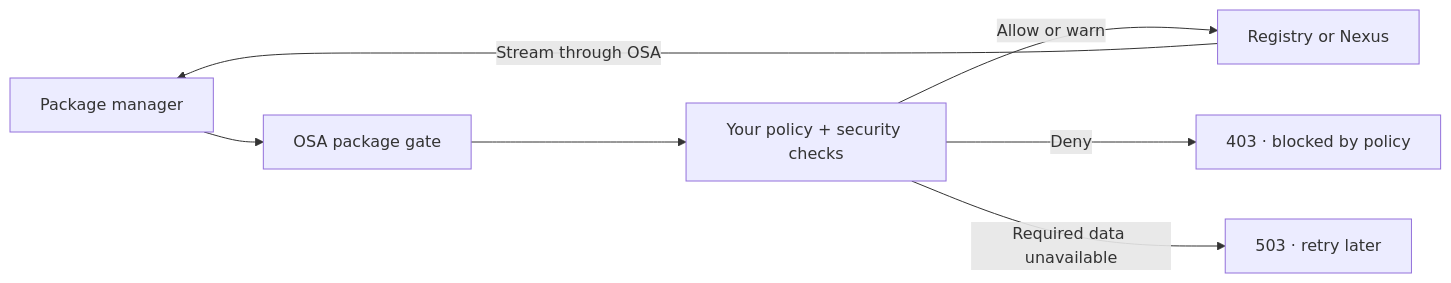
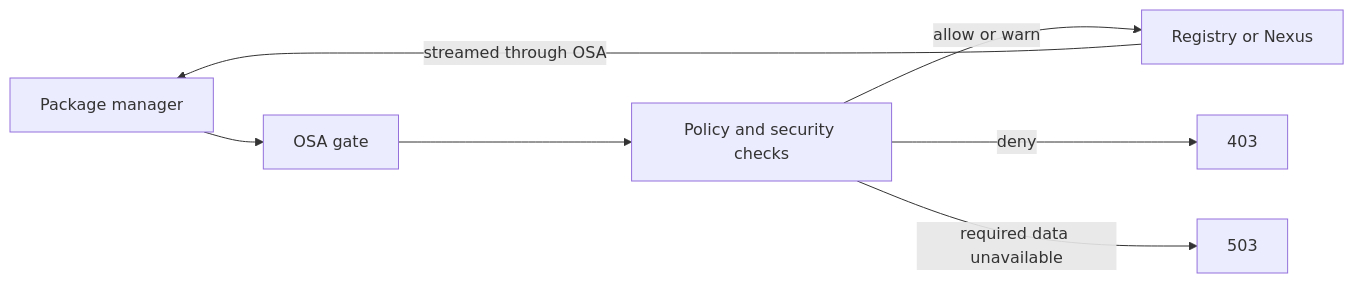
Before and after one commit to ShinigamiKiko/osa-hunter: the diagram in README.md, drawn with Mermaid. The commit also changed other lines of this file and 10 other files, not shown here.

````diff
--- a/README.md
+++ b/README.md
@@ -35,9 +17,9 @@
 ```mermaid
 flowchart LR
-    Client[Package manager] --> Gate[OSA package gate]
-    Gate --> Policy[Your policy + security checks]
-    Policy -->|Allow or warn| Upstream[Registry or Nexus]
-    Upstream -->|Stream through OSA| Client
-    Policy -->|Deny| Block[403 · blocked by policy]
-    Policy -->|Required data unavailable| Retry[503 · retry later]
+    Client[Package manager] --> Gate[OSA gate]
+    Gate --> Policy[Policy and security checks]
+    Policy -->|allow or warn| Upstream[Registry or Nexus]
+    Upstream -->|streamed through OSA| Client
+    Policy -->|deny| Block[403]
+    Policy -->|required data unavailable| Retry[503]
 ```
````
